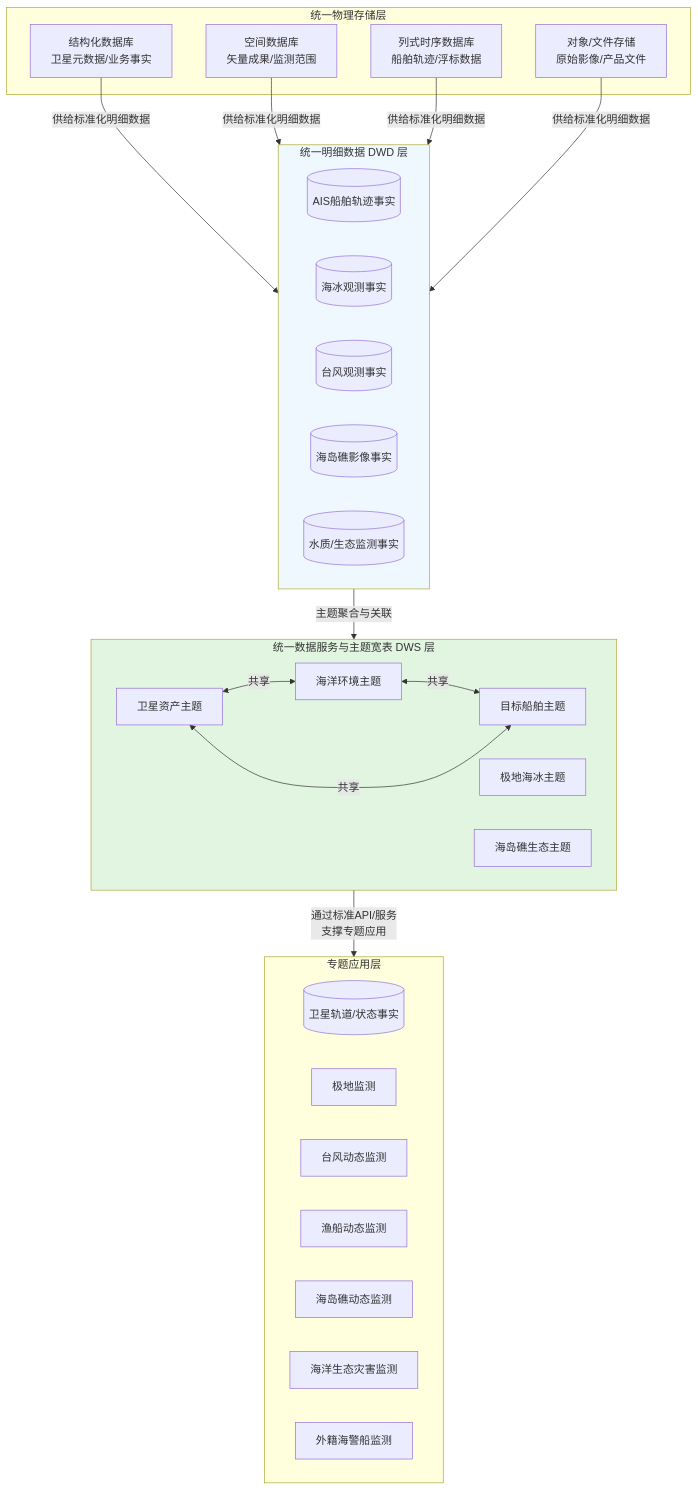
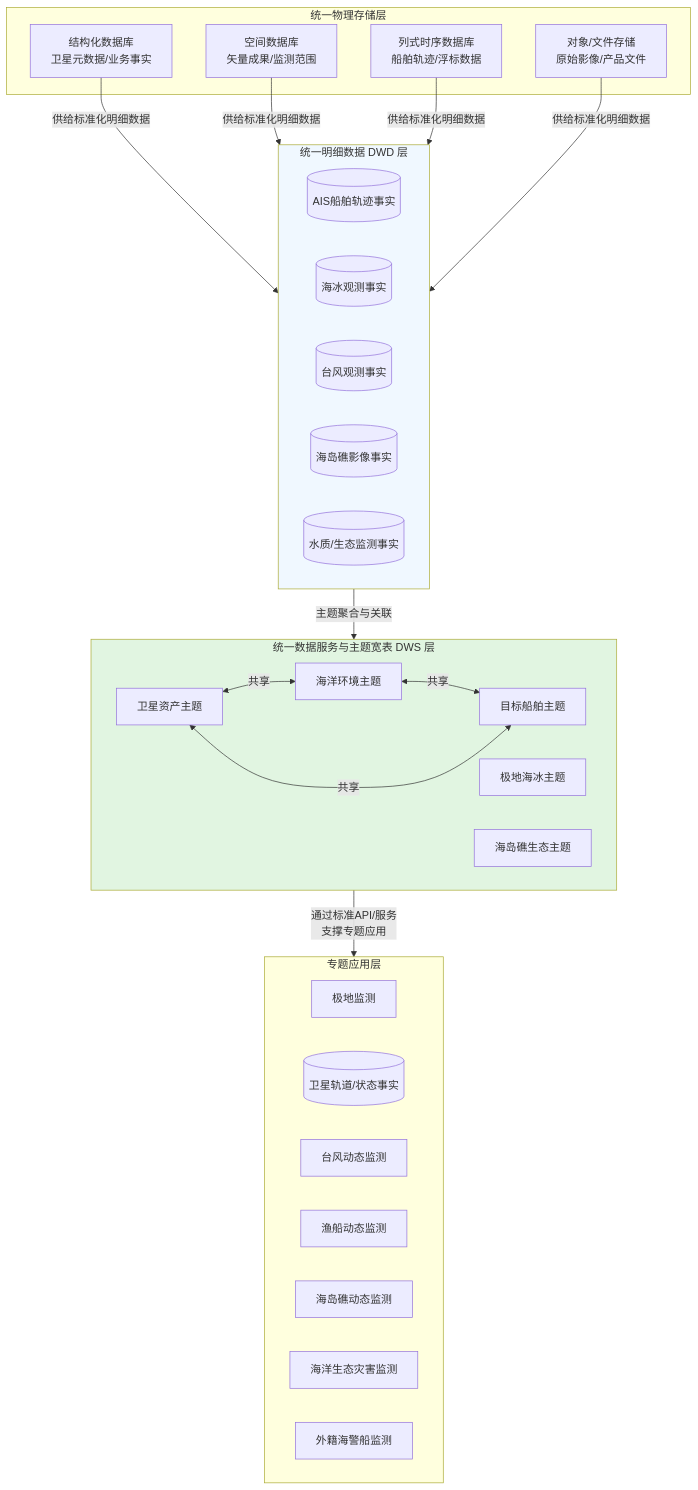
Before and after one commit to MyJohn2/iodraw-files: the diagram in all/未命名.md, drawn with Mermaid.

Commit message:
2026-01-15 13:02:29 update

````diff
--- a/all/未命名.md
+++ b/all/未命名.md
@@ -1,44 +1,44 @@
 ```mermaid
 graph TD
     subgraph A [专题应用层]
         direction LR
         C1[卫星运行态势]
-        A2[极地监测]
+        2[极地监测]
         A3[台风动态监测]
         A4[渔船动态监测]
         A5[海岛礁动态监测]
         A6[海洋生态灾害监测]
         A7[外籍海警船监测]
     end
 
     subgraph B [统一数据服务与主题宽表 DWS 层]
         B1[卫星资产主题]<-->|共享| B2[海洋环境主题]
         B2<-->|共享| B3[目标船舶主题]
         B3<-->|共享| B1
         B4[极地海冰主题]
         B5[海岛礁生态主题]
     end
 
     subgraph C [统一明细数据 DWD 层]
         C1[(卫星轨道/状态事实)]
         C2[(AIS船舶轨迹事实)]
         C3[(海冰观测事实)]
         C4[(台风观测事实)]
         C5[(海岛礁影像事实)]
         C6[(水质/生态监测事实)]
     end
 
     subgraph D [统一物理存储层]
         D1[结构化数据库<br>卫星元数据/业务事实]
         D2[空间数据库<br>矢量成果/监测范围]
         D3[列式时序数据库<br>船舶轨迹/浮标数据]
         D4[对象/文件存储<br>原始影像/产品文件]
     end
 
     D1 & D2 & D3 & D4 -- 供给标准化明细数据 --> C
     C -- 主题聚合与关联 --> B
     B -- 通过标准API/服务 <br> 支撑专题应用 --> A
     
     style B fill:#e1f5e1
     style C fill:#f0f8ff
 ```
````
